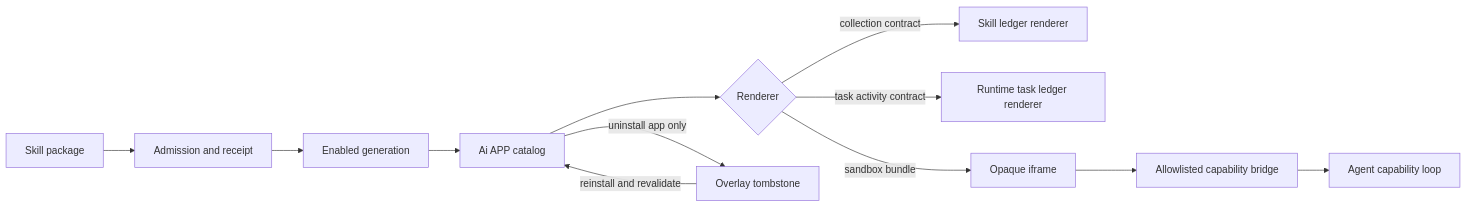
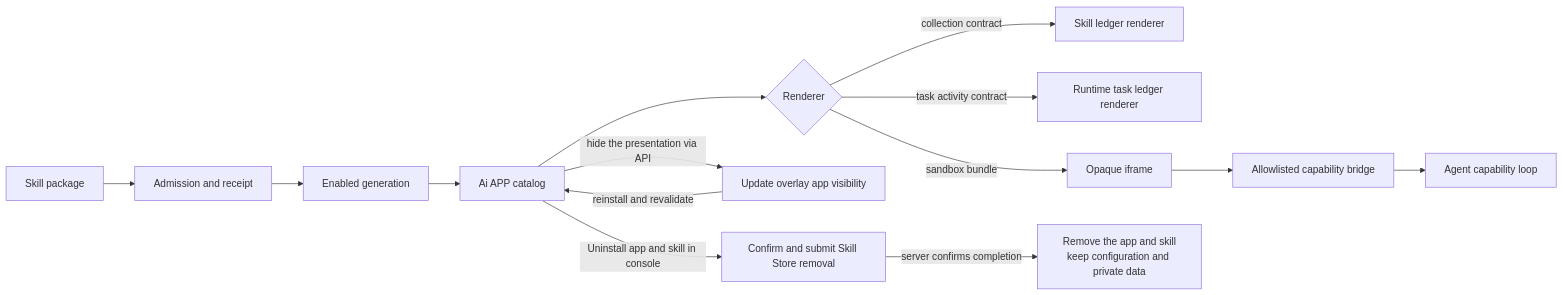
One commit to MatrixCoreX/RustClaw changed the ninth of 9 diagrams in README.md. Above: the diagram before and after it, drawn with Mermaid. The commit also changed other lines of this file and 3 other files, not shown here.

````diff
--- a/README.md
+++ b/README.md
@@ -1291,14 +1316,16 @@
 ```mermaid
 flowchart LR
     P[Skill package] --> A[Admission and receipt]
     A --> G[Enabled generation]
     G --> C[Ai APP catalog]
     C --> H{Renderer}
     H -->|collection contract| R[Skill ledger renderer]
     H -->|task activity contract| Q[Runtime task ledger renderer]
     H -->|sandbox bundle| F[Opaque iframe]
     F --> B[Allowlisted capability bridge]
     B --> L[Agent capability loop]
-    C -->|uninstall app only| T[Overlay tombstone]
+    C -->|hide the presentation via API| T[Update overlay app visibility]
     T -->|reinstall and revalidate| C
+    C -->|Uninstall app and skill in console| U[Confirm and submit Skill Store removal]
+    U -->|server confirms completion| X[Remove the app and skill<br/>keep configuration and private data]
 ```
````
